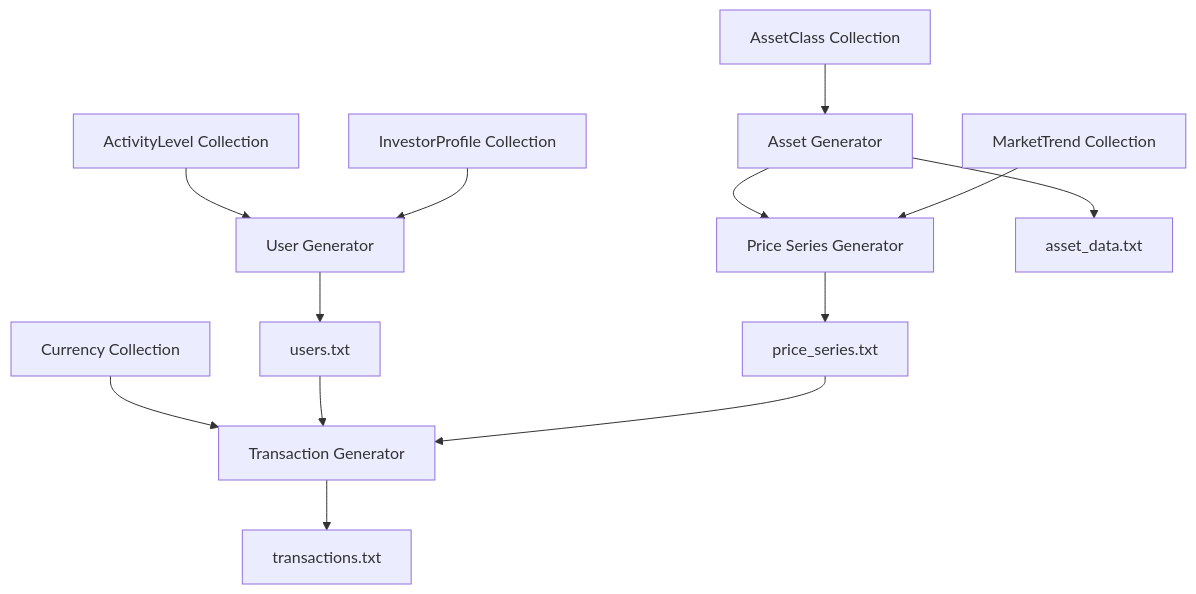
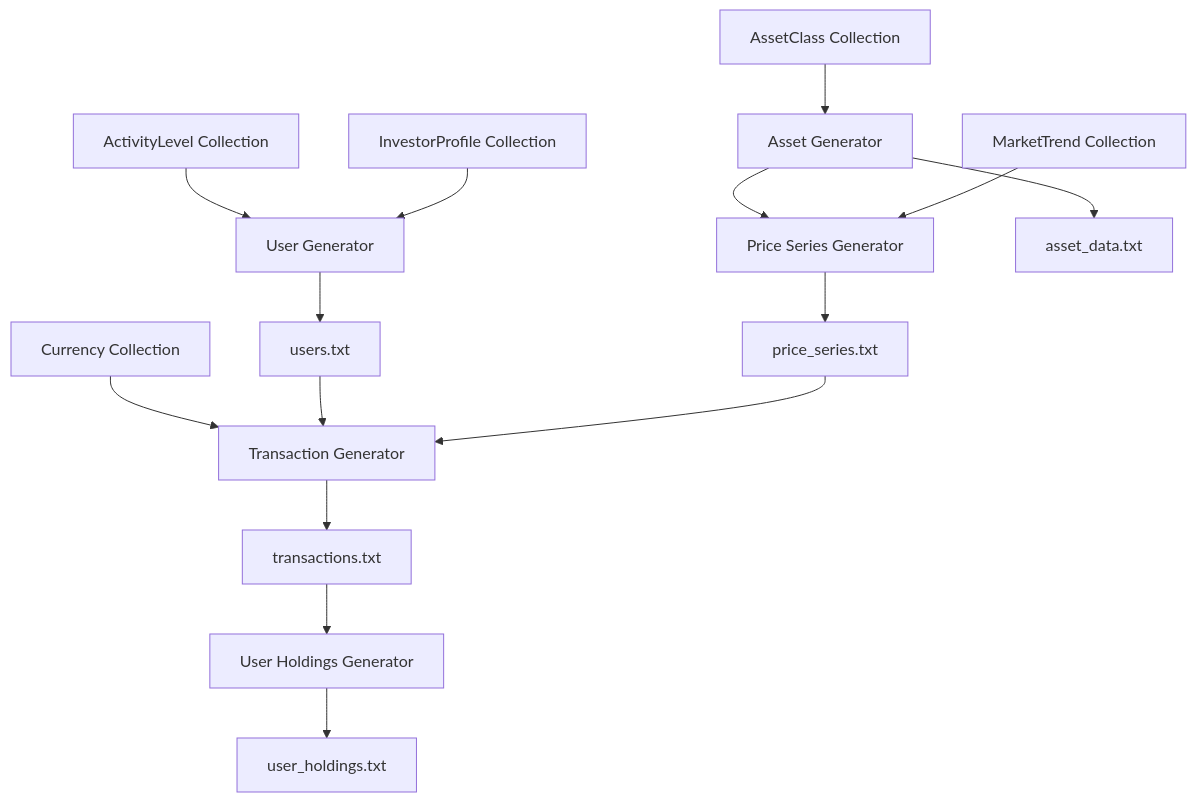
Before and after one commit to Schinzel/wise-crowd-data-generator: the diagram in doc/project_description/design.md, drawn with Mermaid. The commit also changed other lines of this file, not shown here.

````diff
--- a/doc/project_description/design.md
+++ b/doc/project_description/design.md
@@ -5,35 +5,39 @@
 ```mermaid
 flowchart TD
     %% Data Collections
     MT[MarketTrend Collection] 
     AC[AssetClass Collection]
     C[Currency Collection]
     IP[InvestorProfile Collection]
     AL[ActivityLevel Collection]
     
     %% Generators
     AG[Asset Generator]
     PSG[Price Series Generator]
     UG[User Generator]
     TG[Transaction Generator]
+    UHG[User Holdings Generator]
     
     %% Output files
     AD[asset_data.txt]
     PS[price_series.txt]
     U[users.txt]
     T[transactions.txt]
+    UH[user_holdings.txt]
     
     %% Relationships
     AC --> AG
     MT --> PSG
     AG --> AD
     AG --> PSG
     PSG --> PS
     IP --> UG
     AL --> UG
     UG --> U
     PS --> TG
     U --> TG
     C --> TG
     TG --> T
+    T --> UHG
+    UHG --> UH
 ```
````
